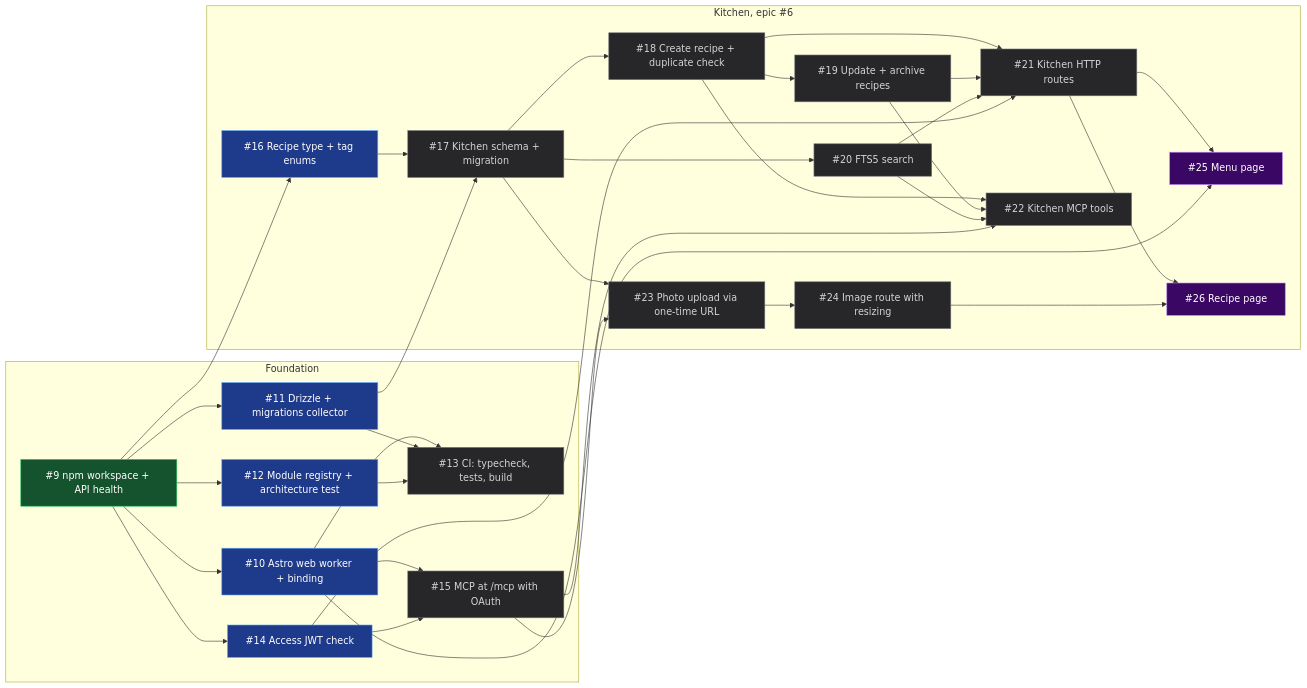
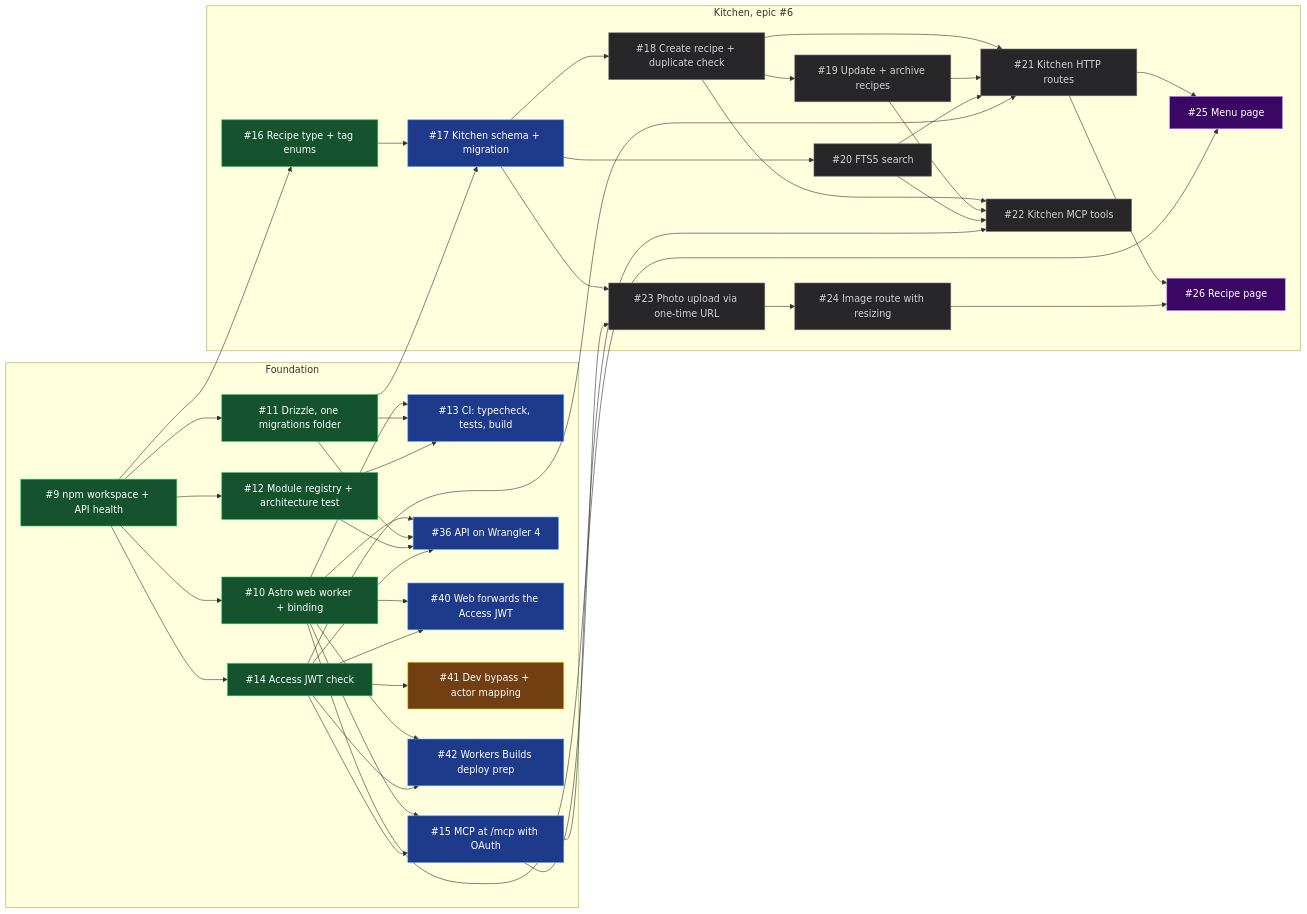
The diagram in docs/roadmap.md (WH1TE-SHAD0W/command-center), drawn with Mermaid before and after one commit. The commit also changed other lines of this file, not shown here.

Commit message:
docs(roadmap): mark wave 1 merged and add #36, #40, #41, #42

````diff
--- a/docs/roadmap.md
+++ b/docs/roadmap.md
@@ -23,48 +23,57 @@
 ```mermaid
 flowchart LR
   classDef done fill:#14532d,stroke:#22c55e,color:#fff
   classDef ready fill:#1e3a8a,stroke:#60a5fa,color:#fff
+  classDef decide fill:#713f12,stroke:#facc15,color:#fff
   classDef design fill:#3b0764,stroke:#c084fc,color:#fff
   classDef locked fill:#27272a,stroke:#71717a,color:#d4d4d8
 
   subgraph E0["Foundation"]
     I9["#9 npm workspace + API health"]
     I10["#10 Astro web worker + binding"]
-    I11["#11 Drizzle + migrations collector"]
+    I11["#11 Drizzle, one migrations folder"]
     I12["#12 Module registry + architecture test"]
     I13["#13 CI: typecheck, tests, build"]
     I14["#14 Access JWT check"]
     I15["#15 MCP at /mcp with OAuth"]
+    I36["#36 API on Wrangler 4"]
+    I40["#40 Web forwards the Access JWT"]
+    I41["#41 Dev bypass + actor mapping"]
+    I42["#42 Workers Builds deploy prep"]
   end
 
   subgraph K["Kitchen, epic #6"]
     I16["#16 Recipe type + tag enums"]
     I17["#17 Kitchen schema + migration"]
     I18["#18 Create recipe + duplicate check"]
     I19["#19 Update + archive recipes"]
     I20["#20 FTS5 search"]
     I21["#21 Kitchen HTTP routes"]
     I22["#22 Kitchen MCP tools"]
     I23["#23 Photo upload via one-time URL"]
     I24["#24 Image route with resizing"]
     I25["#25 Menu page"]
     I26["#26 Recipe page"]
   end
 
   I9 --> I10 & I11 & I12 & I14 & I16
   I10 & I11 & I12 --> I13
   I10 & I14 --> I15
+  I10 & I11 & I12 & I14 --> I36
+  I10 & I14 --> I40 & I42
+  I14 --> I41
   I11 & I16 --> I17
   I17 --> I18 --> I19
   I17 --> I20
   I18 & I19 & I20 & I14 --> I21
   I18 & I19 & I20 & I15 --> I22
   I17 & I15 --> I23 --> I24
   I21 & I10 --> I25
   I21 & I24 --> I26
 
-  class I9 done
-  class I10,I11,I12,I14,I16 ready
-  class I13,I15,I17,I18,I19,I20,I21,I22,I23,I24 locked
+  class I9,I10,I11,I12,I14,I16 done
+  class I13,I15,I17,I36,I40,I42 ready
+  class I41 decide
+  class I18,I19,I20,I21,I22,I23,I24 locked
   class I25,I26 design
 ```
````
